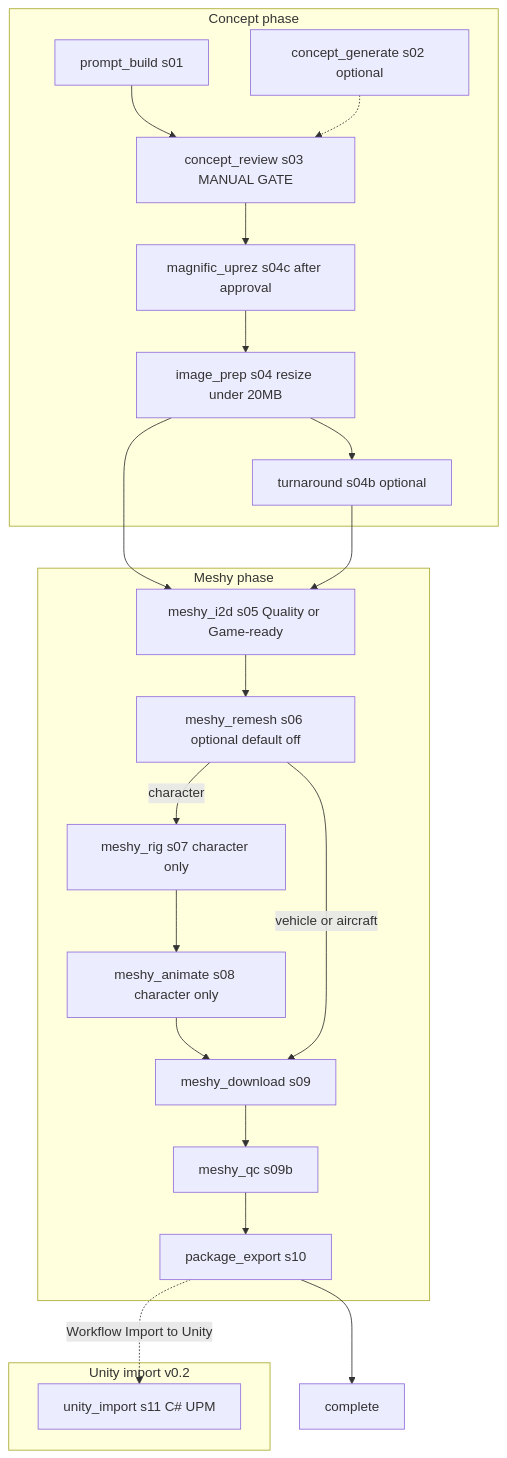
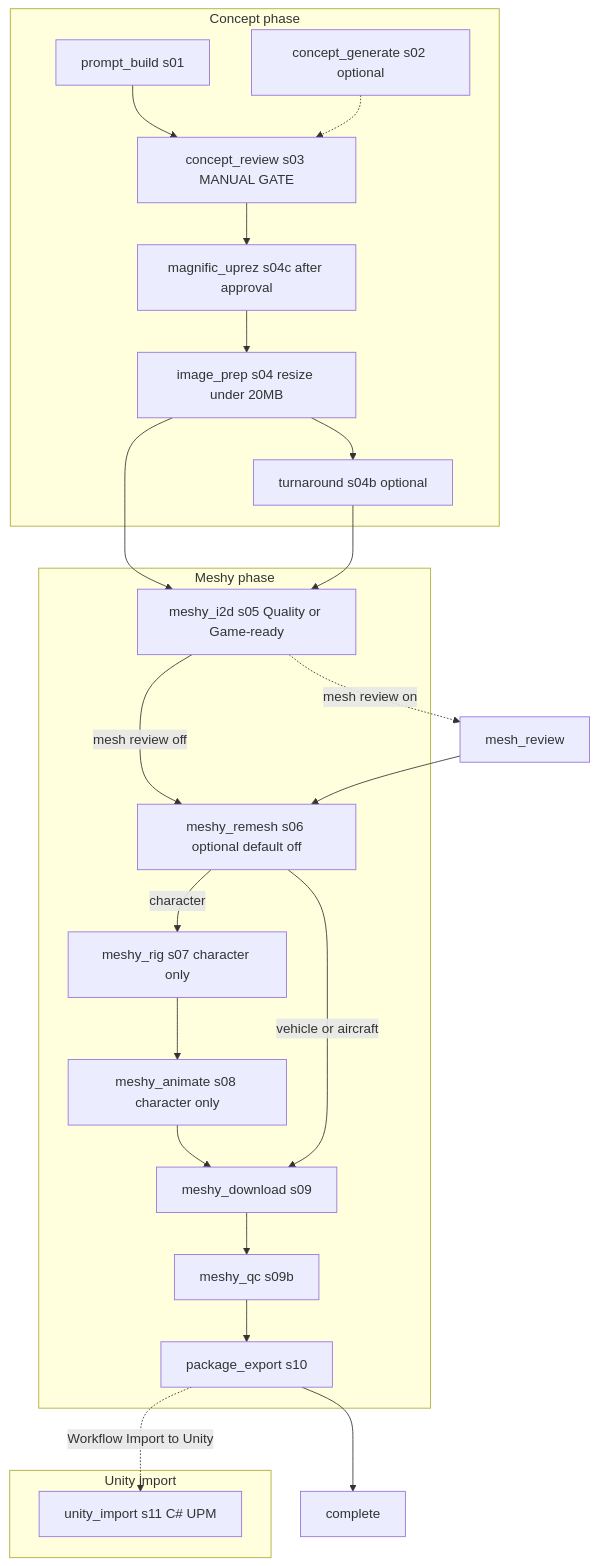
Before and after one commit to EazyTom/asset-assembly-automator: the third of 7 diagrams in README.md, drawn with Mermaid. The commit also changed other lines of this file and 71 other files, not shown here.

````diff
--- a/README.md
+++ b/README.md
@@ -164,35 +164,37 @@
 ```mermaid
 flowchart TD
     subgraph concept [Concept phase]
         PB[prompt_build s01]
         CG[concept_generate s02 optional]
         CR[concept_review s03 MANUAL GATE]
         UP[magnific_uprez s04c after approval]
         IP[image_prep s04 resize under 20MB]
         TA[turnaround s04b optional]
     end
     subgraph meshy [Meshy phase]
         I2D[meshy_i2d s05 Quality or Game-ready]
         RM[meshy_remesh s06 optional default off]
         RG[meshy_rig s07 character only]
         AN[meshy_animate s08 character only]
         DL[meshy_download s09]
         QC[meshy_qc s09b]
         ZIP[package_export s10]
     end
-    subgraph unity [Unity import v0.2]
+    subgraph unity [Unity import]
         UI[unity_import s11 C# UPM]
     end
     PB --> CR
     CG -.-> CR
     CR --> UP --> IP
     IP --> TA
     IP --> I2D
     TA --> I2D
-    I2D --> RM
+    I2D -->|mesh review off| RM
+    I2D -.->|mesh review on| MR[mesh_review]
+    MR --> RM
     RM -->|character| RG --> AN --> DL
     RM -->|vehicle or aircraft| DL
     DL --> QC --> ZIP
     ZIP --> COMPLETE[complete]
     ZIP -.->|Workflow Import to Unity| UI
 ```
````
